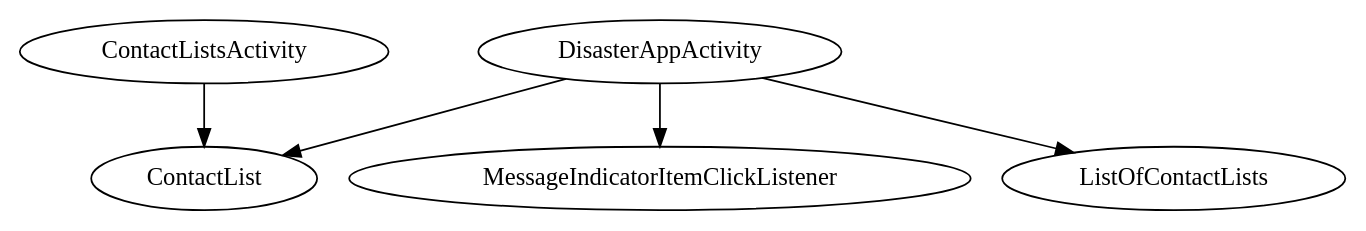
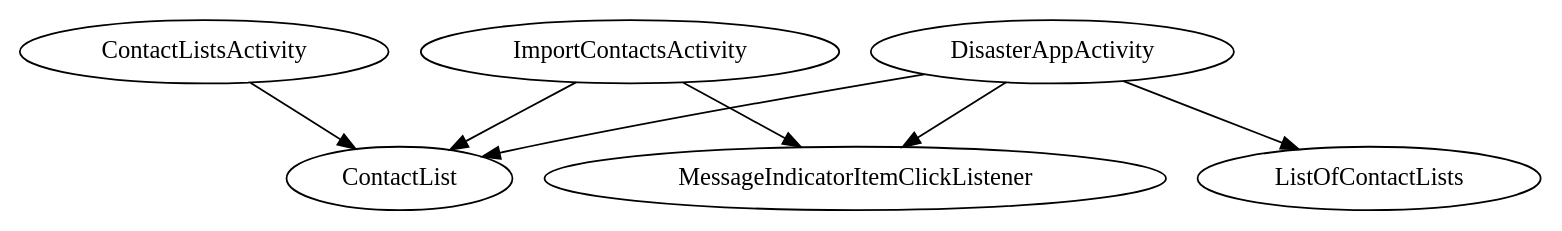
The diagram in DisasterAppActivity/.apt_generated/com/riis/dagger/DisasterAppObjectGraph.dot (riis/ProgrammingChallengeAndroid), drawn with Graphviz before and after one commit. The commit also changed 21 other files, not shown here.

```diff
--- a/DisasterAppActivity/.apt_generated/com/riis/dagger/DisasterAppObjectGraph.dot
+++ b/DisasterAppActivity/.apt_generated/com/riis/dagger/DisasterAppObjectGraph.dot
@@ -1,7 +1,9 @@
 digraph G1 {
   concentrate = true;
   ContactListsActivity -> ContactList;
   DisasterAppActivity -> MessageIndicatorItemClickListener;
   DisasterAppActivity -> ContactList;
   DisasterAppActivity -> ListOfContactLists;
+  ImportContactsActivity -> MessageIndicatorItemClickListener;
+  ImportContactsActivity -> ContactList;
 }
```
